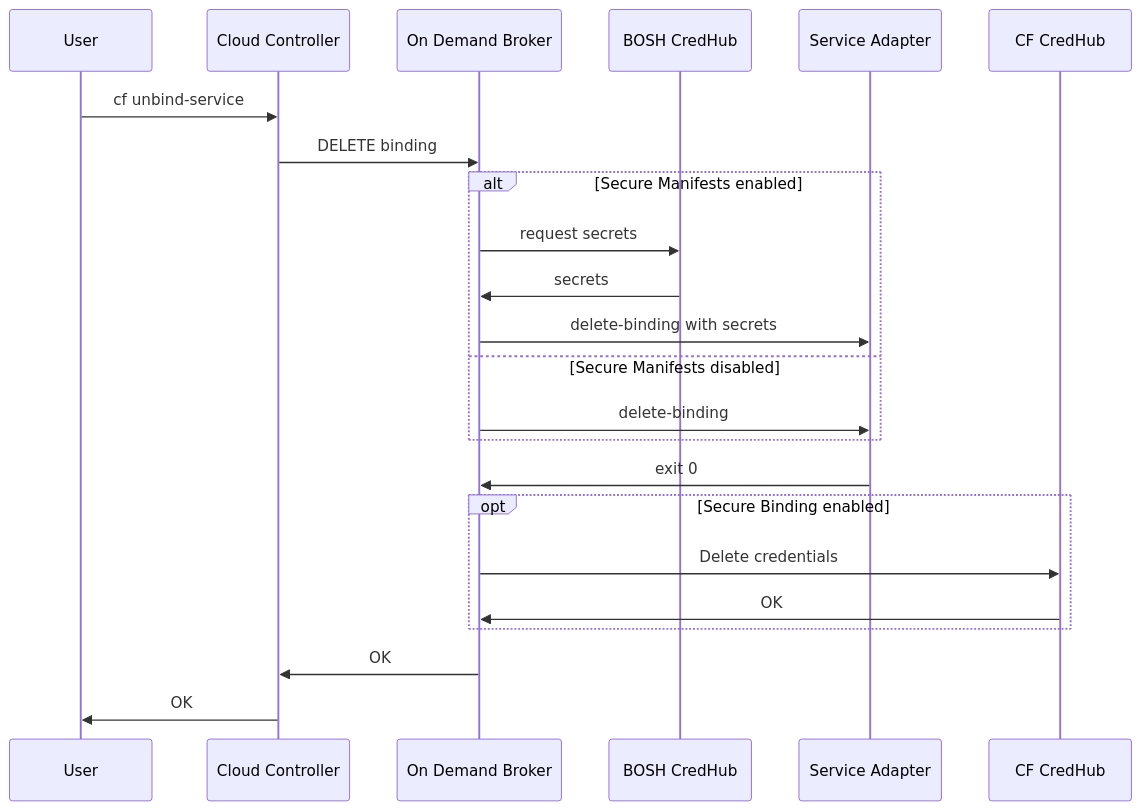
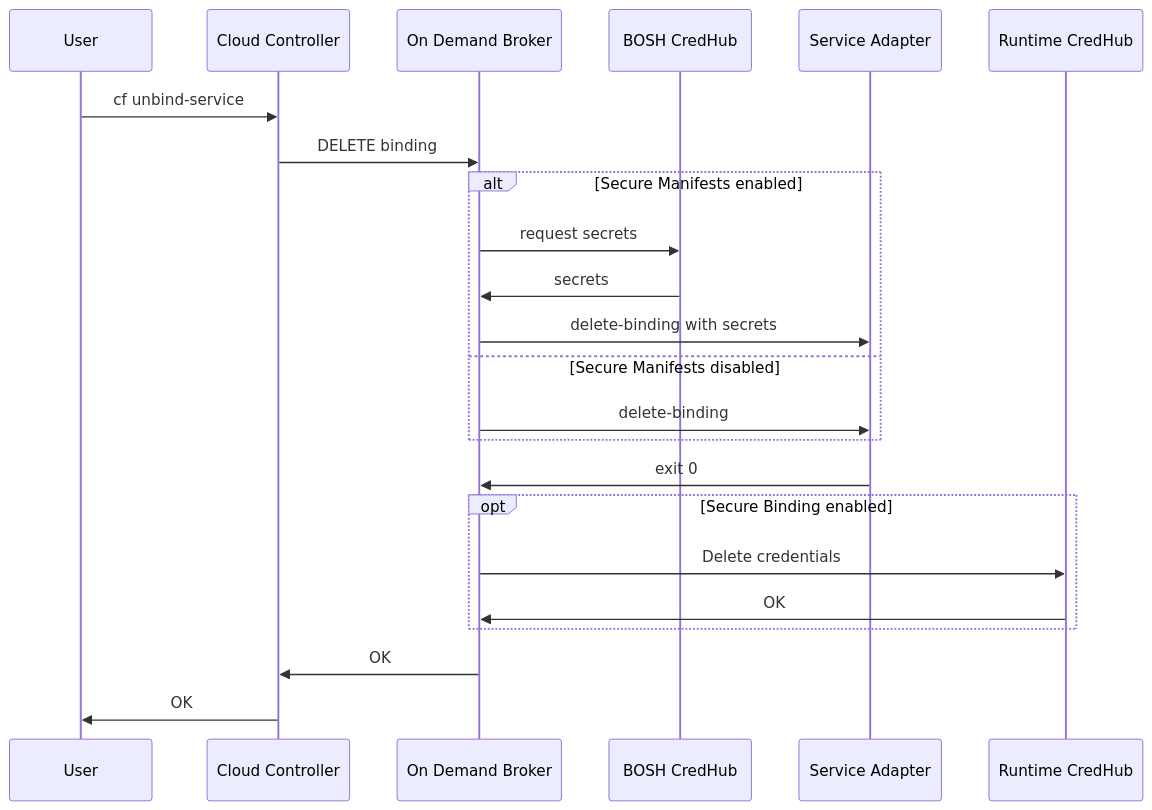
The diagram in mmd/unbind_service_workflow.mmd (pivotal-cf/docs-on-demand-service-broker), drawn with Mermaid before and after one commit. The commit also changed 7 other files, not shown here.

Commit message:
Standardise terms in mermaid diagrams [#162307186]

```diff
--- a/mmd/unbind_service_workflow.mmd
+++ b/mmd/unbind_service_workflow.mmd
@@ -1,19 +1,19 @@
 <div class="mermaid">
 sequenceDiagram
   User->>Cloud Controller:cf unbind-service
   Cloud Controller->>On Demand Broker:DELETE binding
   alt Secure Manifests enabled
     On Demand Broker->>BOSH CredHub:request secrets
     BOSH CredHub->>On Demand Broker:secrets
     On Demand Broker->>Service Adapter:delete-binding with secrets
   else Secure Manifests disabled
     On Demand Broker->>Service Adapter:delete-binding
   end
   Service Adapter->>On Demand Broker:exit 0
   opt Secure Binding enabled
-    On Demand Broker->>CF CredHub:Delete credentials
-    CF CredHub->>On Demand Broker:OK
+    On Demand Broker->>Runtime CredHub:Delete credentials
+    Runtime CredHub->>On Demand Broker:OK
   end
   On Demand Broker->>Cloud Controller:OK
   Cloud Controller->>User:OK
 </div>
```
